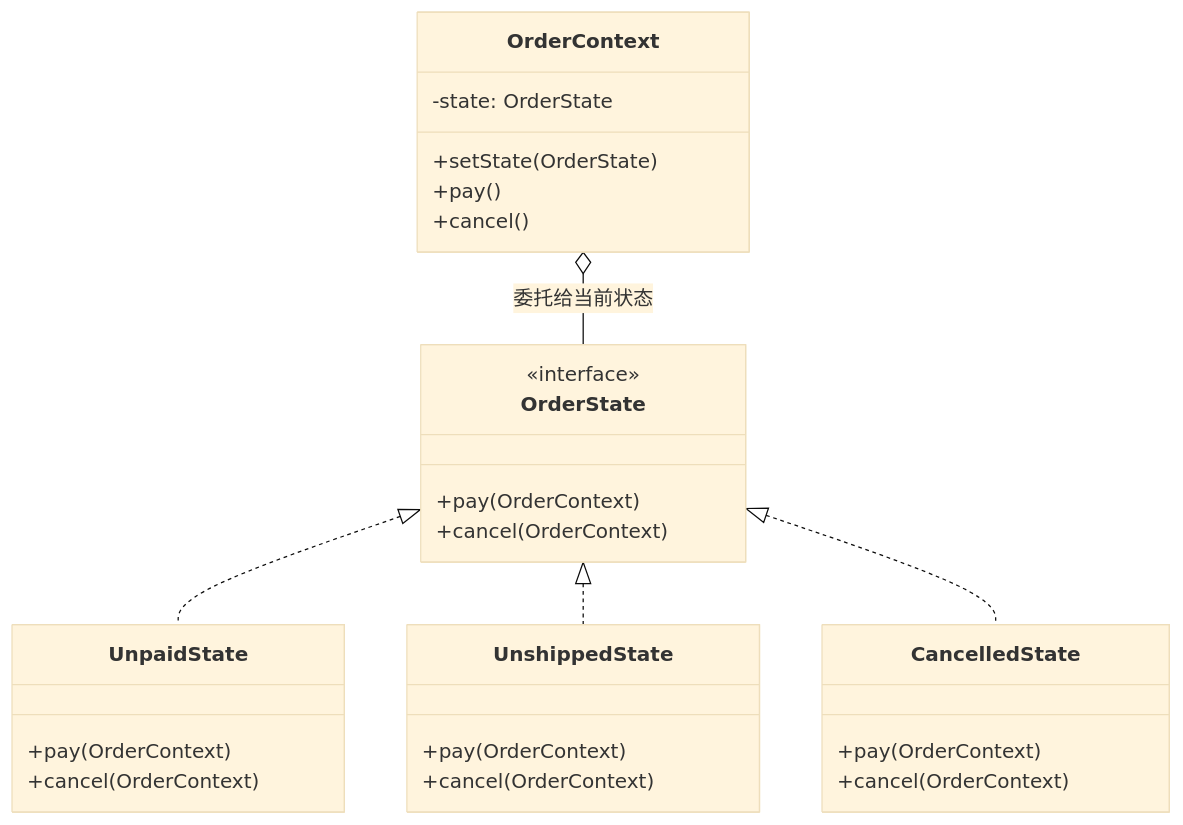
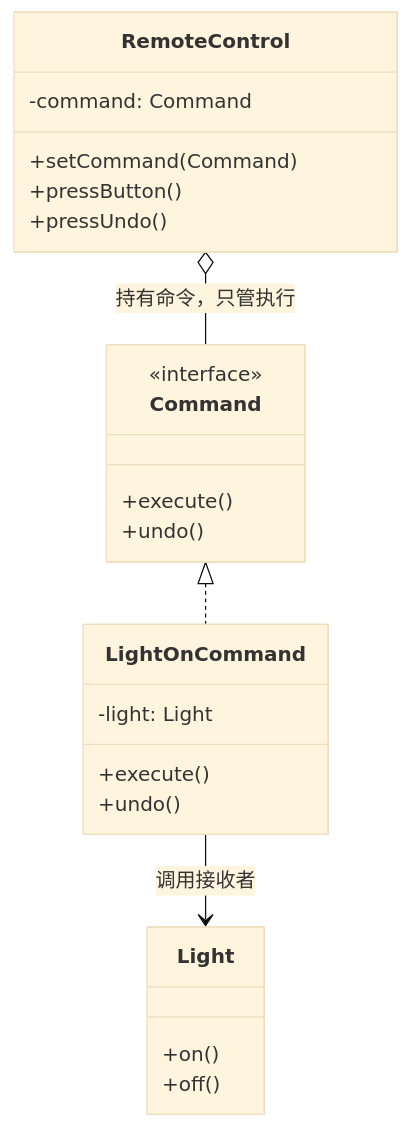
One commit to ZackKingS/Software-Design-Patterns changed the diagram in chapter_16.md. Above: the diagram before and after it, drawn with Mermaid (base theme). The commit also changed other lines of this file and 27 other files, not shown here.

````diff
--- a/chapter_16.md
+++ b/chapter_16.md
@@ -113,30 +96,26 @@
 ```mermaid
 classDiagram
-    class OrderState {
+    class Command {
         <<interface>>
-        +pay(OrderContext)
-        +cancel(OrderContext)
+        +execute()
+        +undo()
     }
-    class UnpaidState {
-        +pay(OrderContext)
-        +cancel(OrderContext)
+    class LightOnCommand {
+        -light: Light
+        +execute()
+        +undo()
     }
-    class UnshippedState {
-        +pay(OrderContext)
-        +cancel(OrderContext)
+    class Light {
+        +on()
+        +off()
     }
-    class CancelledState {
-        +pay(OrderContext)
-        +cancel(OrderContext)
+    class RemoteControl {
+        -command: Command
+        +setCommand(Command)
+        +pressButton()
+        +pressUndo()
     }
-    class OrderContext {
-        -state: OrderState
-        +setState(OrderState)
-        +pay()
-        +cancel()
-    }
-    OrderState <|.. UnpaidState
-    OrderState <|.. UnshippedState
-    OrderState <|.. CancelledState
-    OrderContext o-- OrderState : 委托给当前状态
+    Command <|.. LightOnCommand
+    LightOnCommand --> Light : 调用接收者
+    RemoteControl o-- Command : 持有命令，只管执行
 ```
````
